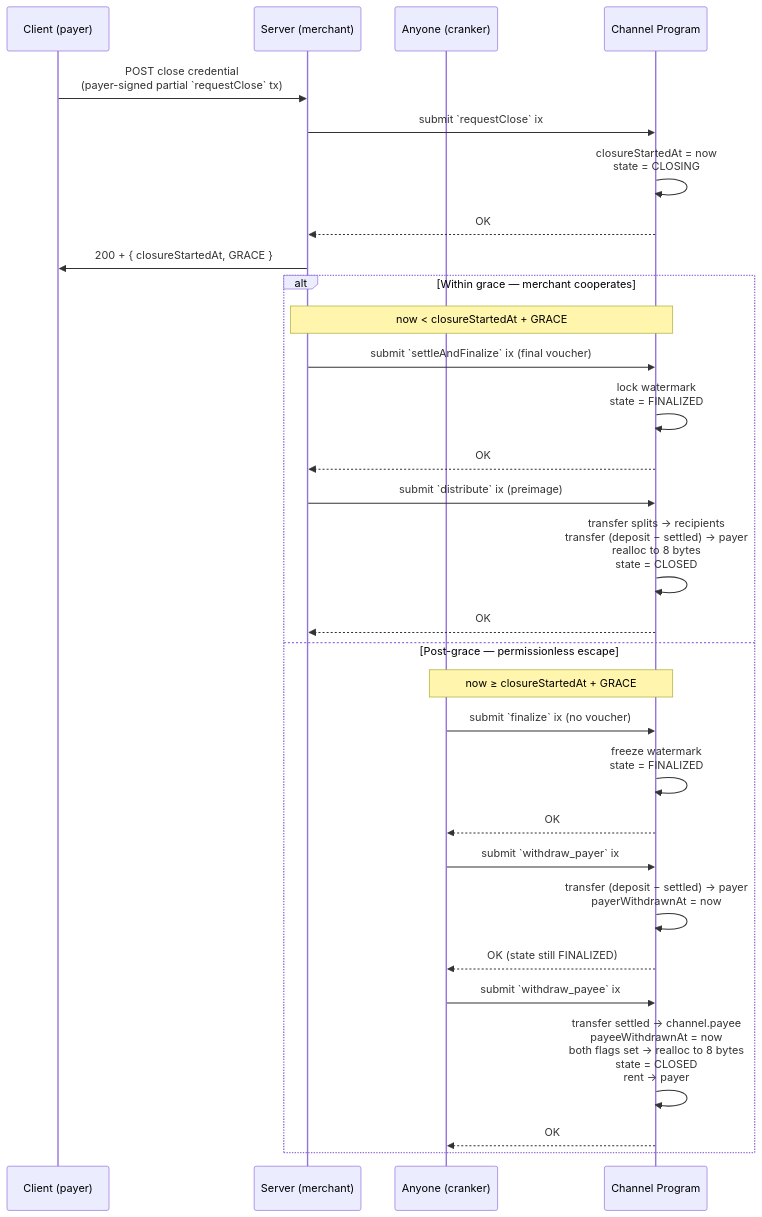
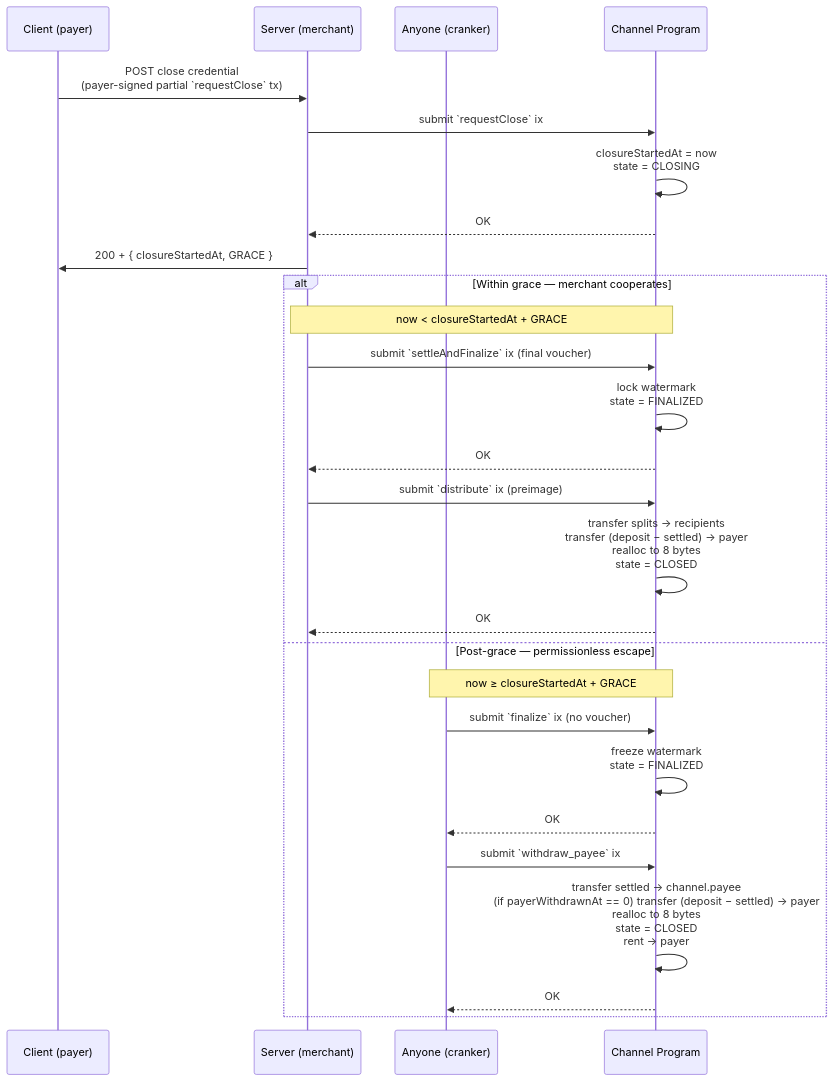
Before and after one commit to solana-foundation/payment-channels: the second of 2 diagrams in docs/002-http-protocol.md, drawn with Mermaid. The commit also changed other lines of this file and 2 other files, not shown here.

Commit message:
Update FSM logic

````diff
--- a/docs/002-http-protocol.md
+++ b/docs/002-http-protocol.md
@@ -107,37 +107,33 @@
 ```mermaid
 sequenceDiagram
     participant C as Client (payer)
     participant S as Server (merchant)
     participant A as Anyone (cranker)
     participant P as Channel Program
 
     C->>S: POST close credential<br/>(payer-signed partial `requestClose` tx)
     S->>P: submit `requestClose` ix
     P->>P: closureStartedAt = now<br/>state = CLOSING
     P-->>S: OK
     S->>C: 200 + { closureStartedAt, GRACE }
 
     alt Within grace — merchant cooperates
         Note over S,P: now < closureStartedAt + GRACE
         S->>P: submit `settleAndFinalize` ix (final voucher)
         P->>P: lock watermark<br/>state = FINALIZED
         P-->>S: OK
 
         S->>P: submit `distribute` ix (preimage)
         P->>P: transfer splits → recipients<br/>transfer (deposit − settled) → payer<br/>realloc to 8 bytes<br/>state = CLOSED
         P-->>S: OK
     else Post-grace — permissionless escape
         Note over A,P: now ≥ closureStartedAt + GRACE
         A->>P: submit `finalize` ix (no voucher)
         P->>P: freeze watermark<br/>state = FINALIZED
         P-->>A: OK
 
-        A->>P: submit `withdraw_payer` ix
-        P->>P: transfer (deposit − settled) → payer<br/>payerWithdrawnAt = now
-        P-->>A: OK (state still FINALIZED)
-
         A->>P: submit `withdraw_payee` ix
-        P->>P: transfer settled → channel.payee<br/>payeeWithdrawnAt = now<br/>both flags set → realloc to 8 bytes<br/>state = CLOSED<br/>rent → payer
+        P->>P: transfer settled → channel.payee<br/>(if payerWithdrawnAt == 0) transfer (deposit − settled) → payer<br/>realloc to 8 bytes<br/>state = CLOSED<br/>rent → payer
         P-->>A: OK
     end
 ```
````
